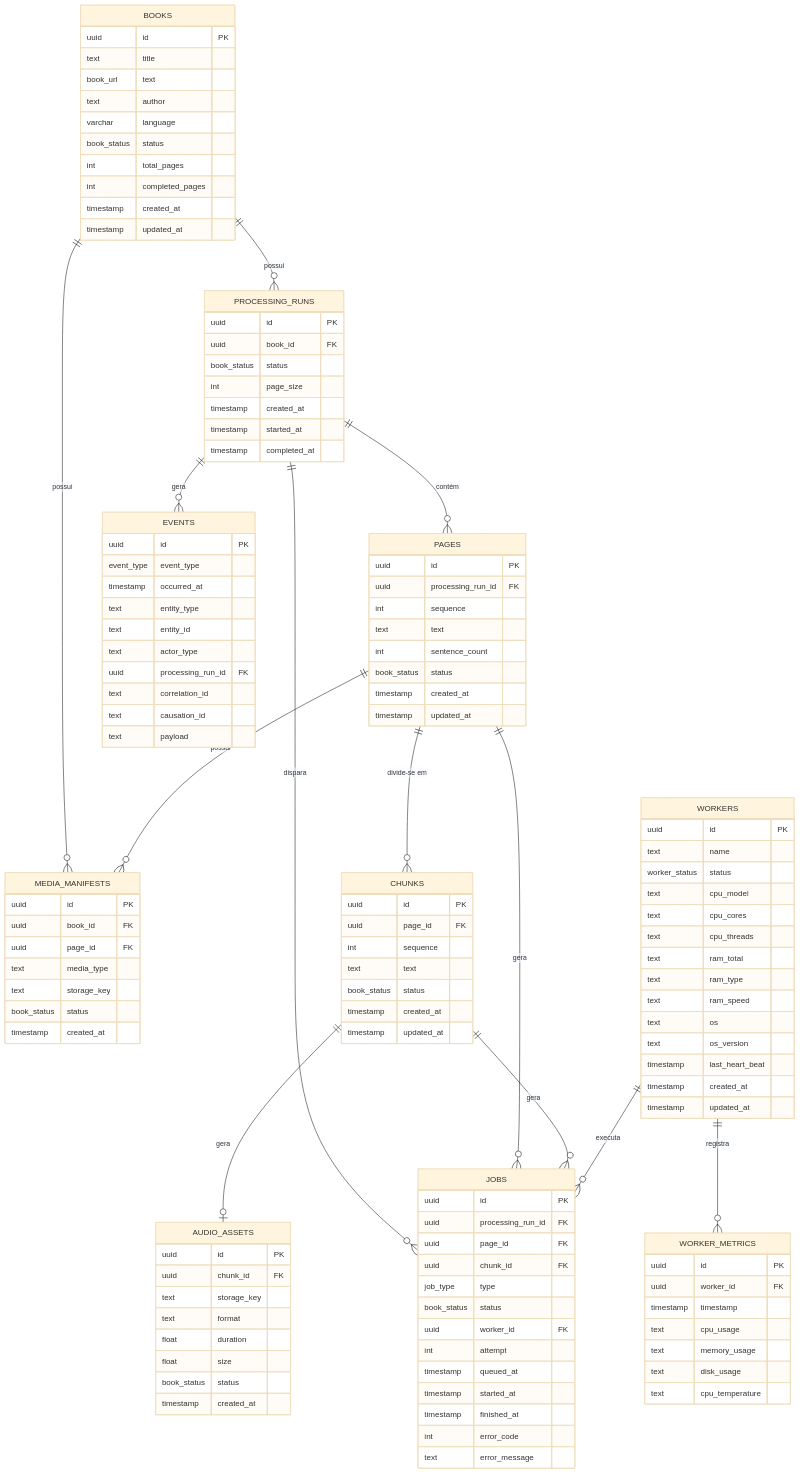
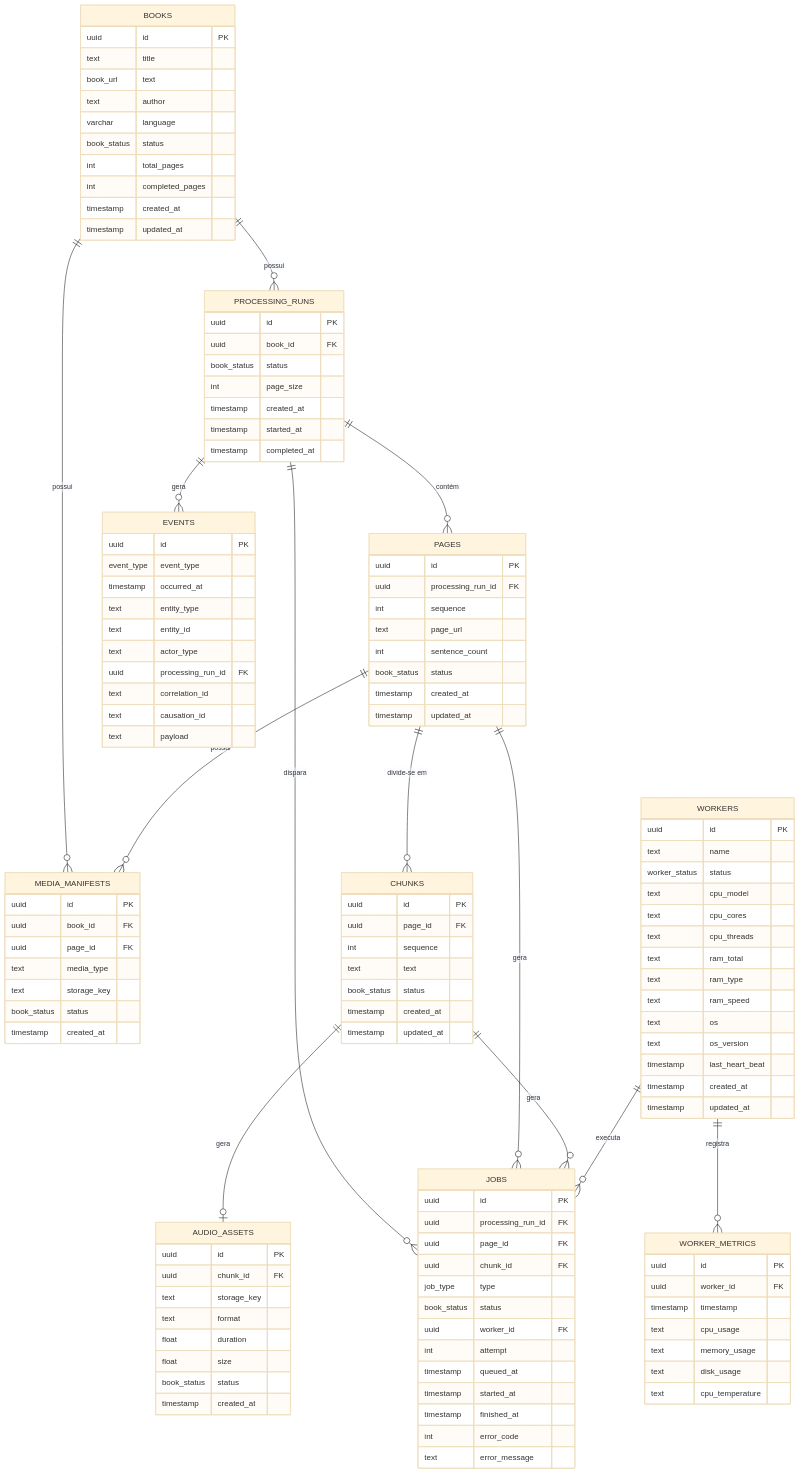
One commit to MarcosViniSil/ReadAlong changed the diagram in src/database/diagram.md. Above: the diagram before and after it, drawn with Mermaid (base theme). The commit also changed 9 other files, not shown here.

```diff
--- a/src/database/diagram.md
+++ b/src/database/diagram.md
@@ -46,7 +46,7 @@
         uuid id PK
         uuid processing_run_id FK
         int sequence
-        text text
+        text page_url
         int sentence_count
         book_status status
         timestamp created_at
```
